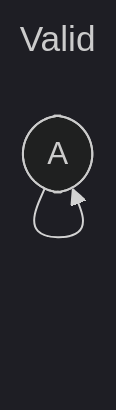
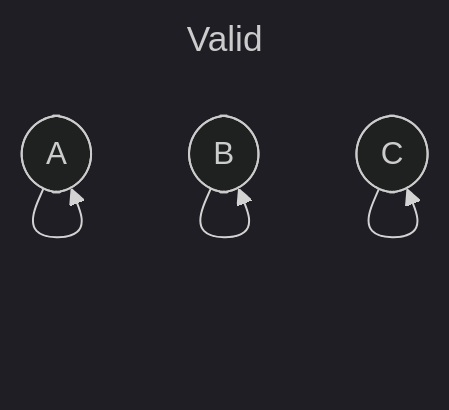
The sixth of 18 diagrams in proofs/AdmissibilityGraph/README.md (stepchowfun/proofs), drawn with Mermaid (dark theme) before and after one commit. The commit also changed other lines of this file and 3 other files, not shown here.

Commit message:
Introduce a reflexivity axiom to the admissibility graph development

````diff
--- a/proofs/AdmissibilityGraph/README.md
+++ b/proofs/AdmissibilityGraph/README.md
@@ -116,10 +130,16 @@
 ```mermaid
 ---
 title: Valid
 ---
 flowchart TD
   a([A])
+  b([B])
+  c([C])
 
   a -.-> a
+  b -.-> b
+  c -.-> c
   a --> a
+  b --> b
+  c --> c
 ```
````
